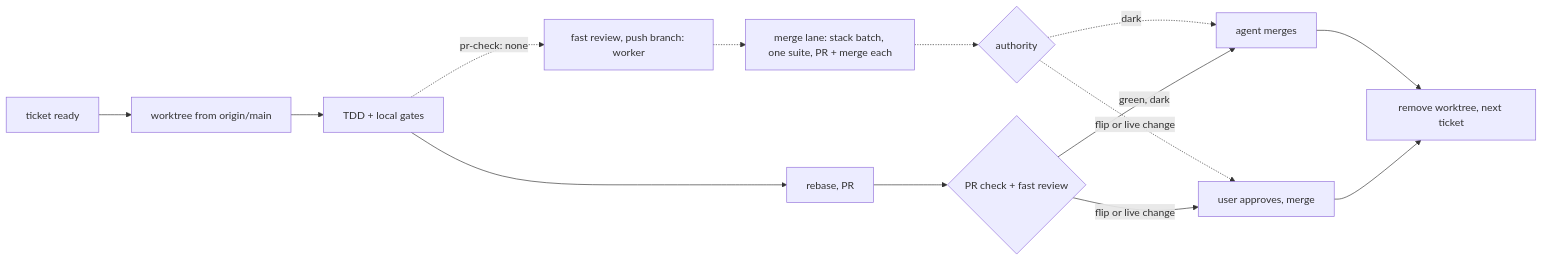
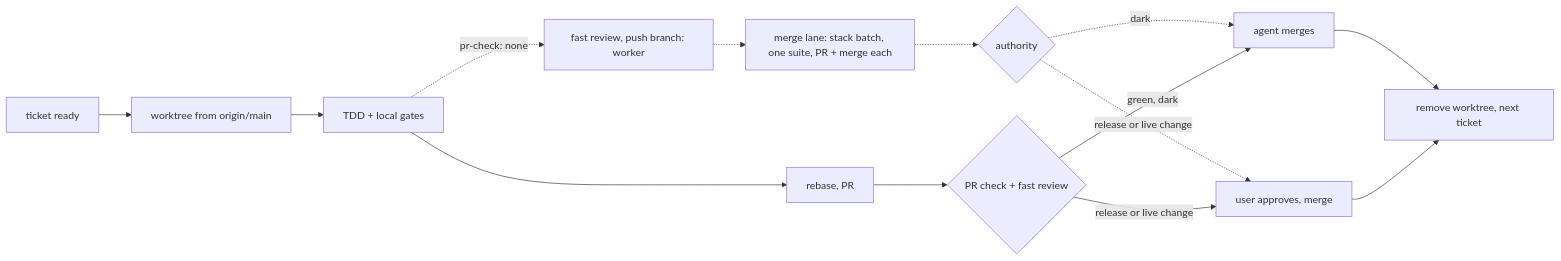
One commit to ivanDsky/skills changed the diagram in skills/ship-to-trunk/SKILL.md. Above: the diagram before and after it, drawn with Mermaid. The commit also changed other lines of this file and 20 other files, not shown here.

````diff
--- a/skills/ship-to-trunk/SKILL.md
+++ b/skills/ship-to-trunk/SKILL.md
@@ -66,14 +66,14 @@
 ```mermaid
 flowchart LR
   A[ticket ready] --> B[worktree from origin/main]
   B --> C[TDD + local gates]
   C --> D[rebase, PR]
   D --> E{PR check + fast review}
   C -.->|pr-check: none| N[fast review, push branch: worker] -.-> L[merge lane: stack batch, one suite, PR + merge each] -.-> E2{authority}
   E2 -.->|dark| F
-  E2 -.->|flip or live change| G
+  E2 -.->|release or live change| G
   E -->|green, dark| F[agent merges]
-  E -->|flip or live change| G[user approves, merge]
+  E -->|release or live change| G[user approves, merge]
   F --> H[remove worktree, next ticket]
   G --> H
 ```
````
